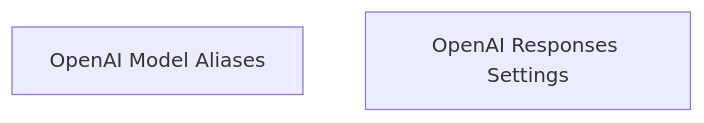
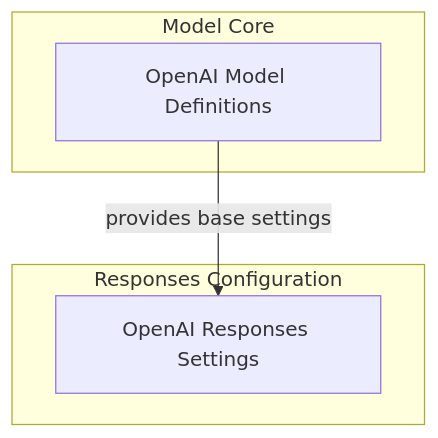
One commit to ShreyasPatel031/atelier changed the diagram in demo/repos/pydantic-ai/openai_model_configuration.md. Above: the diagram before and after it, drawn with Mermaid. The commit also changed other lines of this file and 2700 other files, not shown here.

First line of the commit message:
Demo viewer: six curated repos, Pydantic bundle swap, Mermaid styling

````diff
--- a/demo/repos/pydantic-ai/openai_model_configuration.md
+++ b/demo/repos/pydantic-ai/openai_model_configuration.md
@@ -24,8 +38,15 @@
 ```mermaid
-graph TD
-    openai_model_aliases[OpenAI Model Aliases]
-    openai_responses_settings[OpenAI Responses Settings]
+flowchart TD
+    subgraph model_core["Model Core"]
+        omd["OpenAI Model Definitions"]
+    end
 
-    click openai_model_aliases "openai_model_aliases.md" "View OpenAI Model Aliases Documentation"
-    click openai_responses_settings "openai_responses_settings.md" "View OpenAI Responses Settings Documentation"
+    subgraph responses_config["Responses Configuration"]
+        ors["OpenAI Responses Settings"]
+    end
+
+    omd -->|provides base settings| ors
+
+    click omd "openai_model_definitions.md" "View OpenAI Model Definitions"
+    click ors "openai_responses_settings.md" "View OpenAI Responses Settings"
 ```
````
